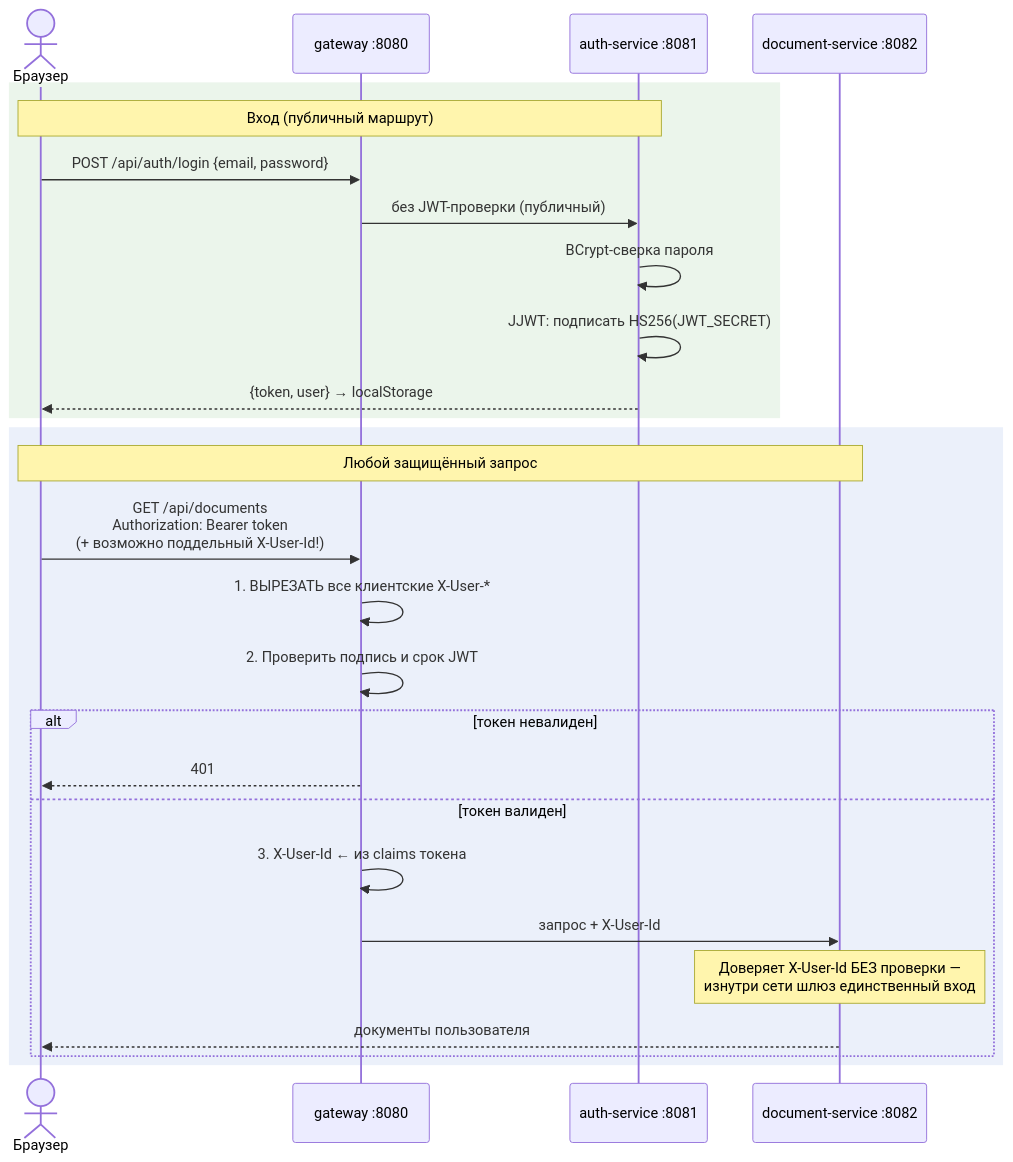
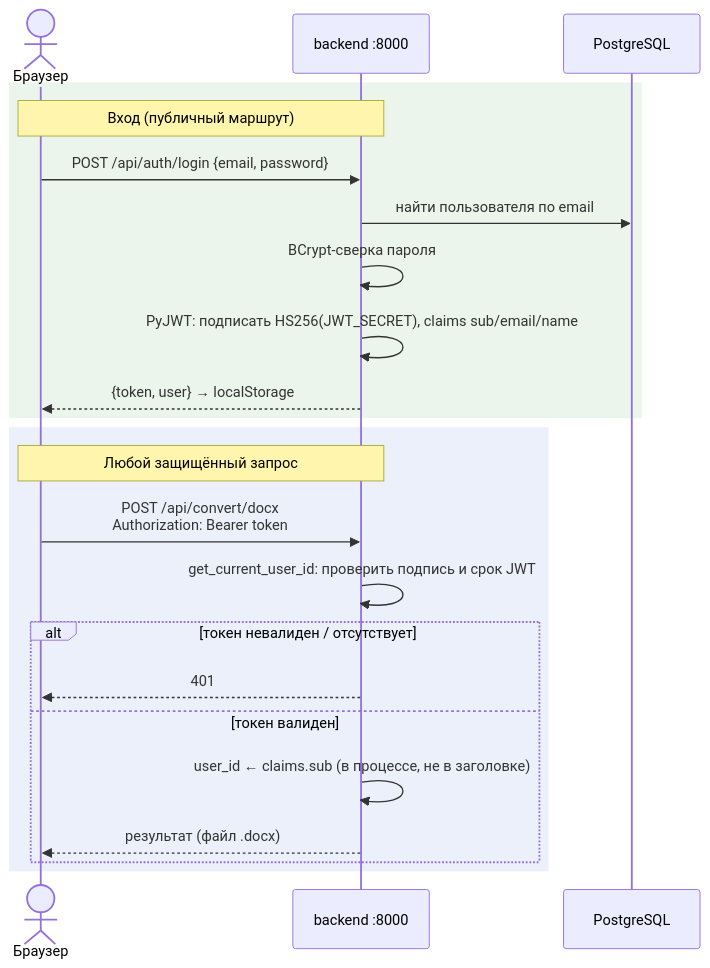
One commit to alexdarenkov/CourseWorkMaker changed the diagram in docs/architecture/flows/auth.md. Above: the diagram before and after it, drawn with Mermaid. The commit also changed other lines of this file and 132 other files, not shown here.

````diff
--- a/docs/architecture/flows/auth.md
+++ b/docs/architecture/flows/auth.md
@@ -6,31 +6,27 @@
 ```mermaid
 sequenceDiagram
   actor U as Браузер
-  participant G as gateway :8080
-  participant A as auth-service :8081
-  participant D as document-service :8082
+  participant B as backend :8000
+  participant P as PostgreSQL
 
   rect rgb(235, 245, 235)
-    Note over U,A: Вход (публичный маршрут)
-    U->>G: POST /api/auth/login {email, password}
-    G->>A: без JWT-проверки (публичный)
-    A->>A: BCrypt-сверка пароля
-    A->>A: JJWT: подписать HS256(JWT_SECRET)
-    A-->>U: {token, user} → localStorage
+    Note over U,B: Вход (публичный маршрут)
+    U->>B: POST /api/auth/login {email, password}
+    B->>P: найти пользователя по email
+    B->>B: BCrypt-сверка пароля
+    B->>B: PyJWT: подписать HS256(JWT_SECRET), claims sub/email/name
+    B-->>U: {token, user} → localStorage
   end
 
   rect rgb(235, 240, 250)
-    Note over U,D: Любой защищённый запрос
-    U->>G: GET /api/documents<br/>Authorization: Bearer token<br/>(+ возможно поддельный X-User-Id!)
-    G->>G: 1. ВЫРЕЗАТЬ все клиентские X-User-*
-    G->>G: 2. Проверить подпись и срок JWT
-    alt токен невалиден
-      G-->>U: 401
+    Note over U,B: Любой защищённый запрос
+    U->>B: POST /api/convert/docx<br/>Authorization: Bearer token
+    B->>B: get_current_user_id: проверить подпись и срок JWT
+    alt токен невалиден / отсутствует
+      B-->>U: 401
     else токен валиден
-      G->>G: 3. X-User-Id ← из claims токена
-      G->>D: запрос + X-User-Id
-      Note over D: Доверяет X-User-Id БЕЗ проверки —<br/>изнутри сети шлюз единственный вход
-      D-->>U: документы пользователя
+      B->>B: user_id ← claims.sub (в процессе, не в заголовке)
+      B-->>U: результат (файл .docx)
     end
   end
 ```
````
